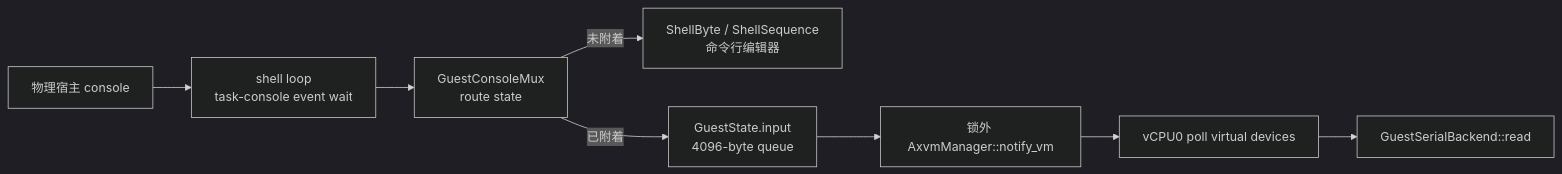
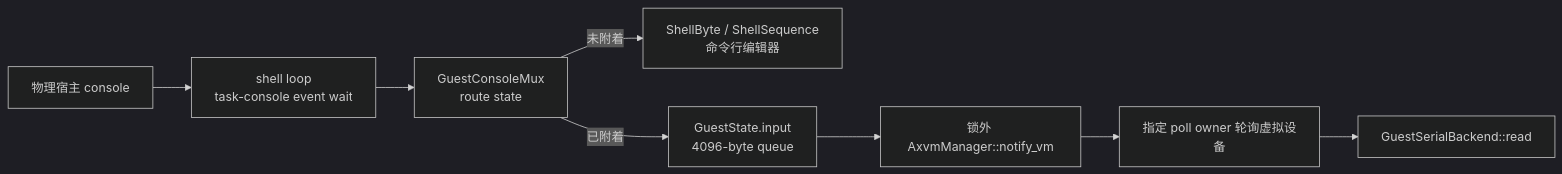
The first of 3 diagrams in docs/docs/architecture/axvisor/guest-console.md (Alayfolk64/tgoskits), drawn with Mermaid (dark theme) before and after one commit. The commit also changed other lines of this file and 8 other files, not shown here.

````diff
--- a/docs/docs/architecture/axvisor/guest-console.md
+++ b/docs/docs/architecture/axvisor/guest-console.md
@@ -48,16 +48,16 @@
 ```mermaid
 flowchart LR
     UART["物理宿主 console"]
     Reader["shell loop<br/>task-console event wait"]
     Route["GuestConsoleMux<br/>route state"]
     Shell["ShellByte / ShellSequence<br/>命令行编辑器"]
     Queue["GuestState.input<br/>4096-byte queue"]
     Notify["锁外 AxvmManager::notify_vm"]
-    Poll["vCPU0 poll virtual devices"]
+    Poll["指定 poll owner 轮询虚拟设备"]
     Backend["GuestSerialBackend::read"]
 
     UART --> Reader --> Route
     Route -->|未附着| Shell
     Route -->|已附着| Queue
     Queue --> Notify --> Poll --> Backend
 ```
````
